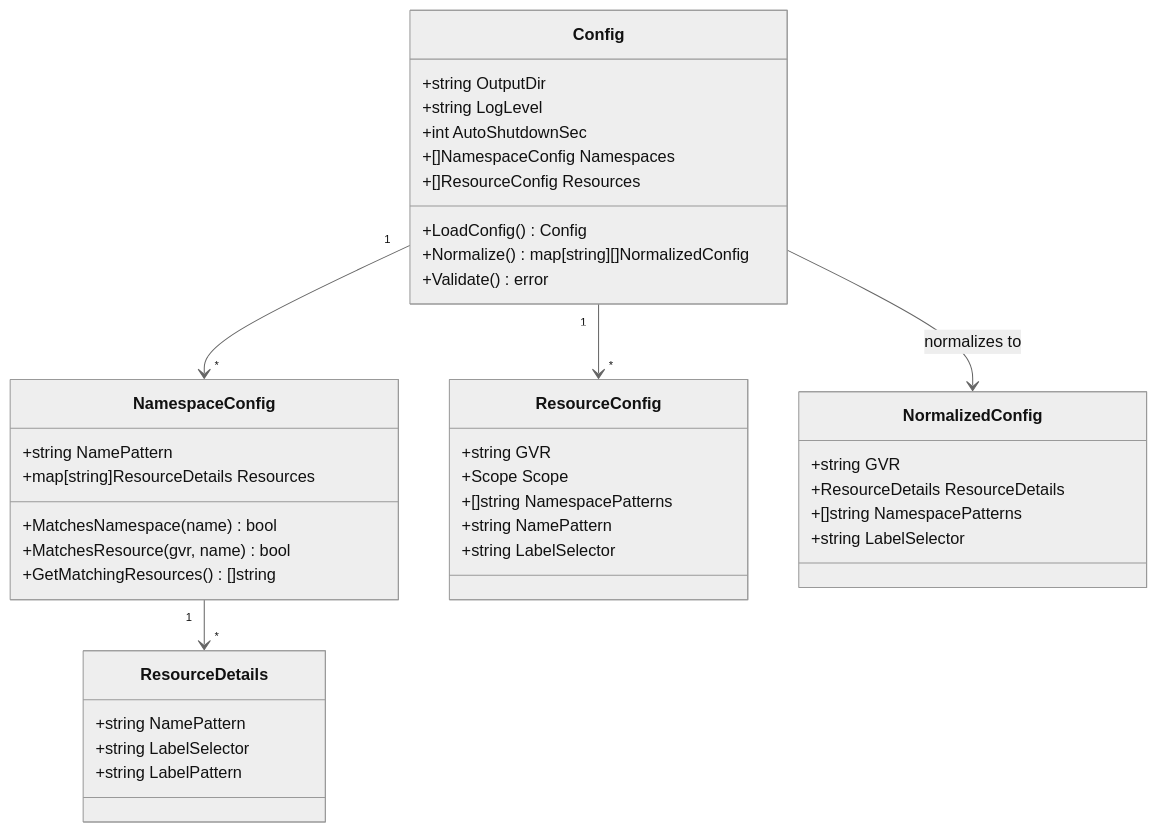
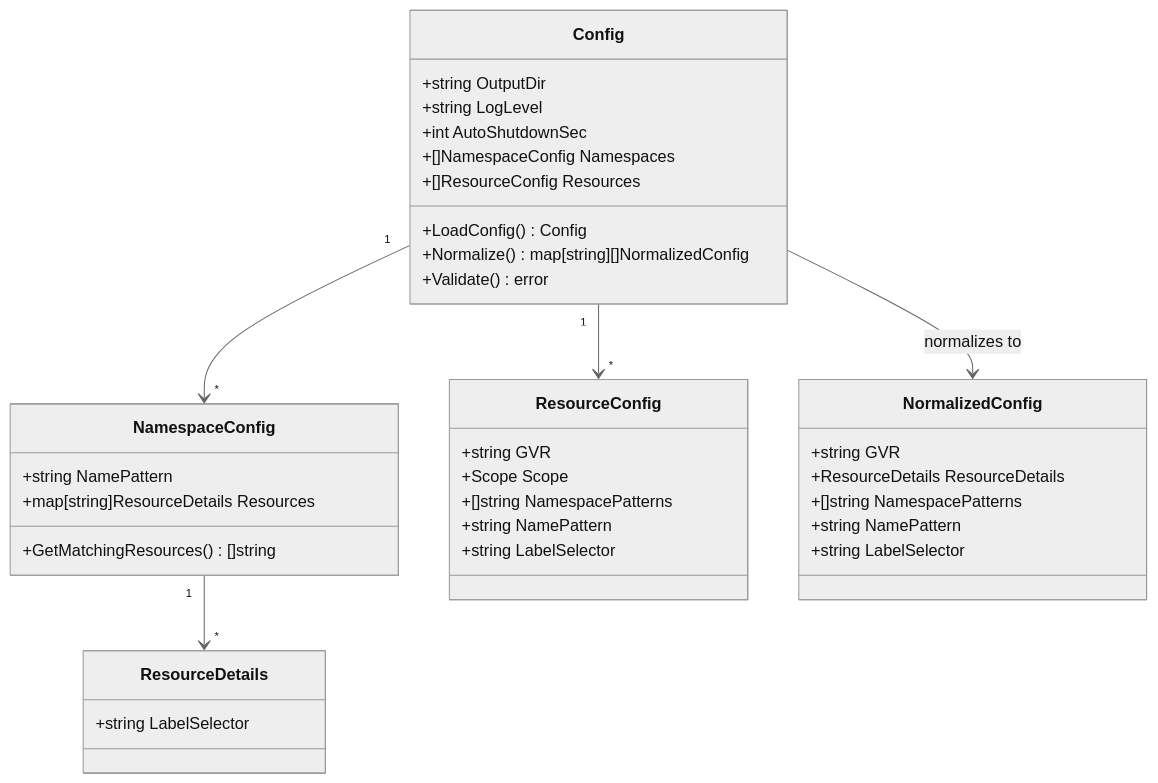
Before and after one commit to T0MASD/faro: the third of 3 diagrams in docs/components/config.md, drawn with Mermaid (neutral theme). The commit also changed other lines of this file and 91 other files, not shown here.

````diff
--- a/docs/components/config.md
+++ b/docs/components/config.md
@@ -108,47 +100,44 @@
 ```mermaid
 classDiagram
     class Config {
         +string OutputDir
         +string LogLevel
         +int AutoShutdownSec
         +[]NamespaceConfig Namespaces
         +[]ResourceConfig Resources
         +LoadConfig() Config
         +Normalize() map[string][]NormalizedConfig
         +Validate() error
     }
     
     class NamespaceConfig {
         +string NamePattern
         +map[string]ResourceDetails Resources
-        +MatchesNamespace(name) bool
-        +MatchesResource(gvr, name) bool
         +GetMatchingResources() []string
     }
     
     class ResourceConfig {
         +string GVR
         +Scope Scope
         +[]string NamespacePatterns
         +string NamePattern
         +string LabelSelector
     }
     
     class ResourceDetails {
-        +string NamePattern
         +string LabelSelector
-        +string LabelPattern
     }
     
     class NormalizedConfig {
         +string GVR
         +ResourceDetails ResourceDetails
         +[]string NamespacePatterns
+        +string NamePattern
         +string LabelSelector
     }
     
     Config "1" --> "*" NamespaceConfig
     Config "1" --> "*" ResourceConfig
     NamespaceConfig "1" --> "*" ResourceDetails
     Config --> NormalizedConfig : normalizes to
 ```
````
